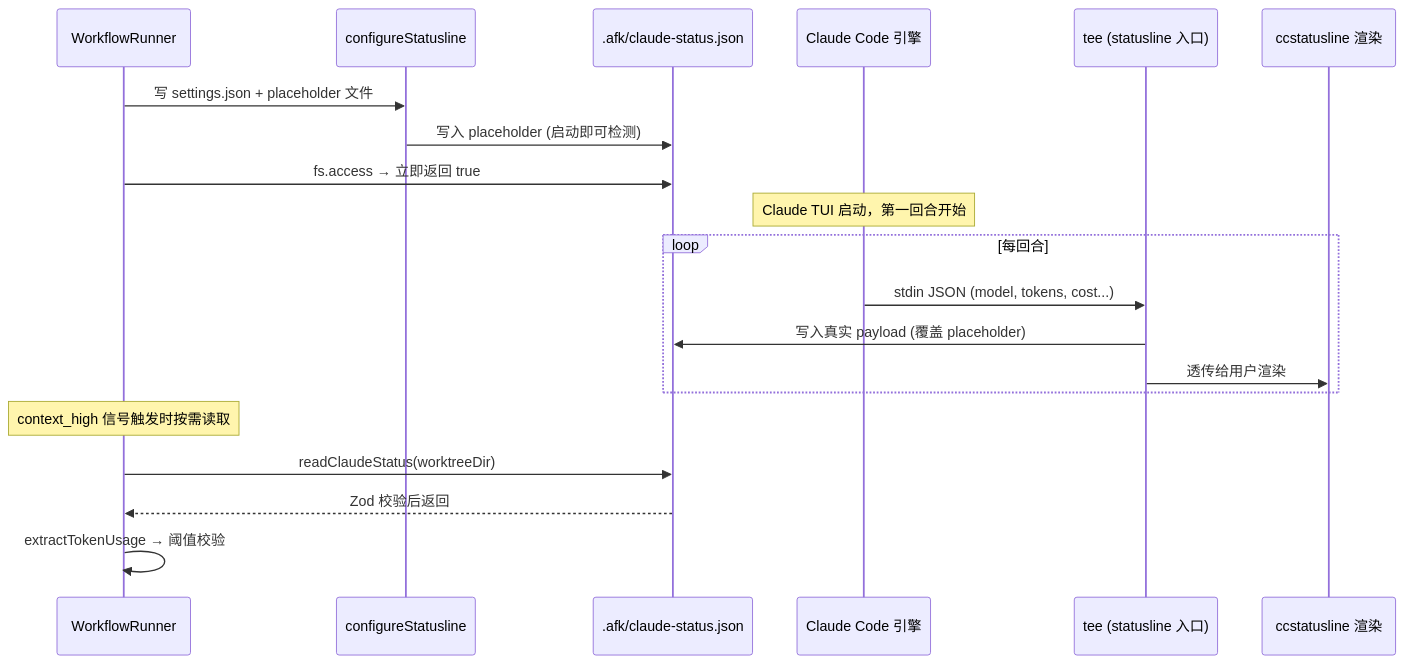
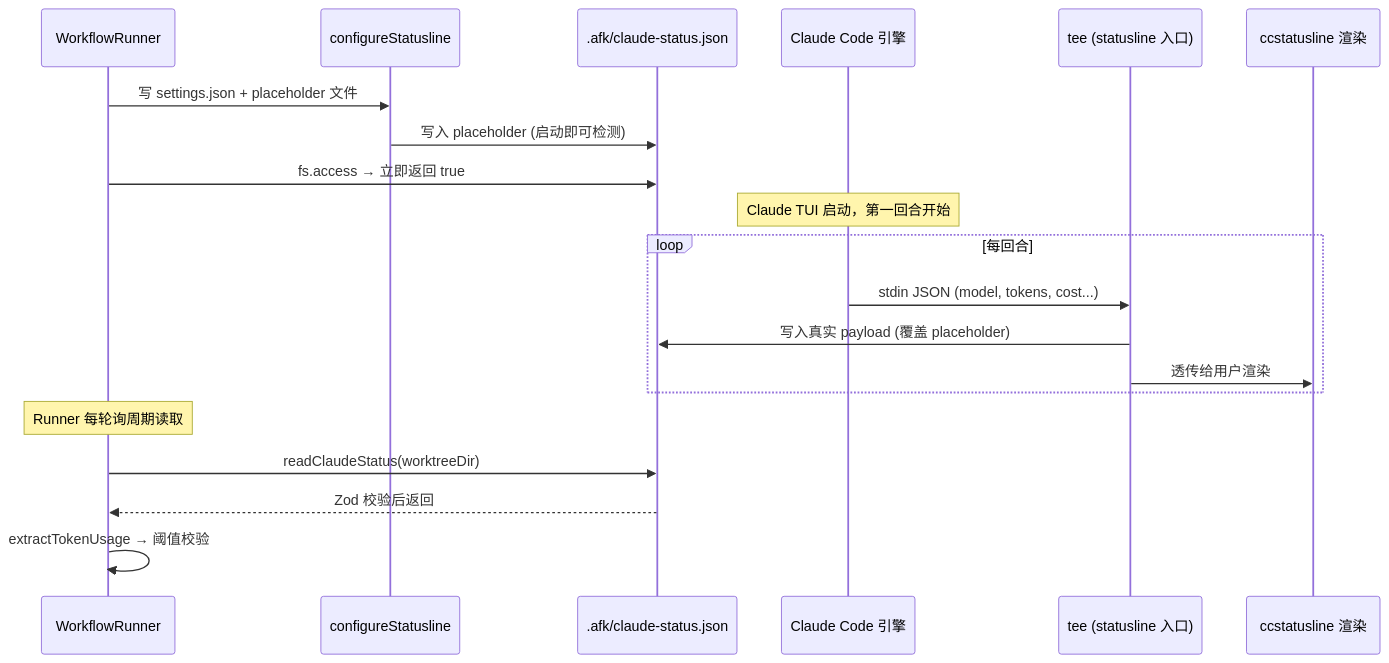
One commit to easyhaloo/afk changed the fifth of 11 diagrams in docs/ARCHITECTURE.md. Above: the diagram before and after it, drawn with Mermaid. The commit also changed other lines of this file and 5 other files, not shown here.

First line of the commit message:
refactor(schemas): remove context_high signal from the protocol entirely

````diff
--- a/docs/ARCHITECTURE.md
+++ b/docs/ARCHITECTURE.md
@@ -286,25 +287,25 @@
 ```mermaid
 sequenceDiagram
     participant W as WorkflowRunner
     participant SCONF as configureStatusline
     participant JSON as .afk/claude-status.json
     participant CC as Claude Code 引擎
     participant Tee as tee (statusline 入口)
     participant SL as ccstatusline 渲染
 
     W->>SCONF: 写 settings.json + placeholder 文件
     SCONF->>JSON: 写入 placeholder (启动即可检测)
     W->>JSON: fs.access → 立即返回 true
 
     Note over CC: Claude TUI 启动，第一回合开始
     loop 每回合
         CC->>Tee: stdin JSON (model, tokens, cost...)
         Tee->>JSON: 写入真实 payload (覆盖 placeholder)
         Tee->>SL: 透传给用户渲染
     end
 
-    Note over W: context_high 信号触发时按需读取
+    Note over W: Runner 每轮询周期读取
     W->>JSON: readClaudeStatus(worktreeDir)
     JSON-->>W: Zod 校验后返回
     W->>W: extractTokenUsage → 阈值校验
 ```
````
